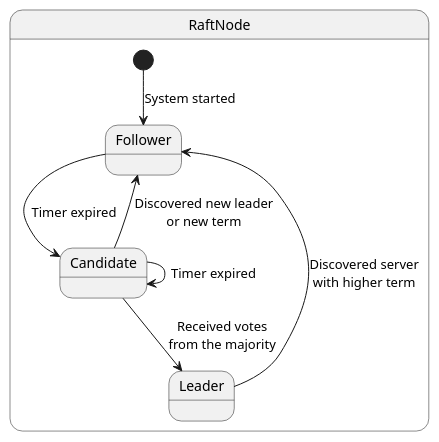
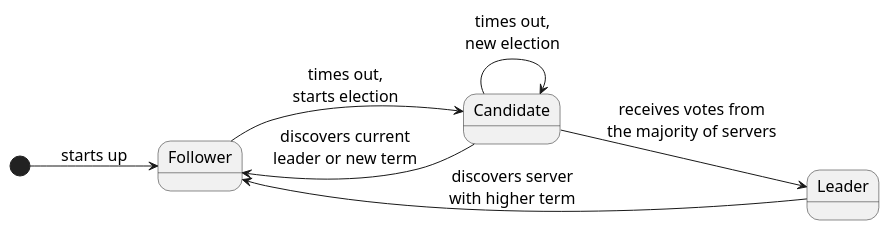
The diagram in docs/diagrams/src/sd_raftNode.plantuml (strang3nt/Telegraft), drawn with PlantUML before and after one commit. The commit also changed 18 other files, not shown here.

Commit message:
New diagrams

```diff
--- a/docs/diagrams/src/sd_raftNode.plantuml
+++ b/docs/diagrams/src/sd_raftNode.plantuml
@@ -1,17 +1,16 @@
-@startuml raftNode_stateDiagram
+@startuml raftStateDiagram
 
-state RaftNode {
+skinparam defaultFontSize 16
+left to right direction
 
-  [*] --> Follower: System started
-  
-  Candidate --> Follower: Discovered new leader\nor new term
-  Follower --> Candidate: Timer expired
+[*] --> Follower: starts up
 
-  Candidate --> Candidate: Timer expired
+Candidate --> Follower: discovers current\nleader or new term
+Follower --> Candidate: times out,\nstarts election
 
-  Candidate --> Leader: Received votes\nfrom the majority
-  Leader --> Follower: Discovered server\nwith higher term
+Candidate --> Candidate: times out,\nnew election
 
-}
+Candidate --> Leader: receives votes from\nthe majority of servers
+Leader --> Follower: discovers server\nwith higher term
 
 @enduml
```
